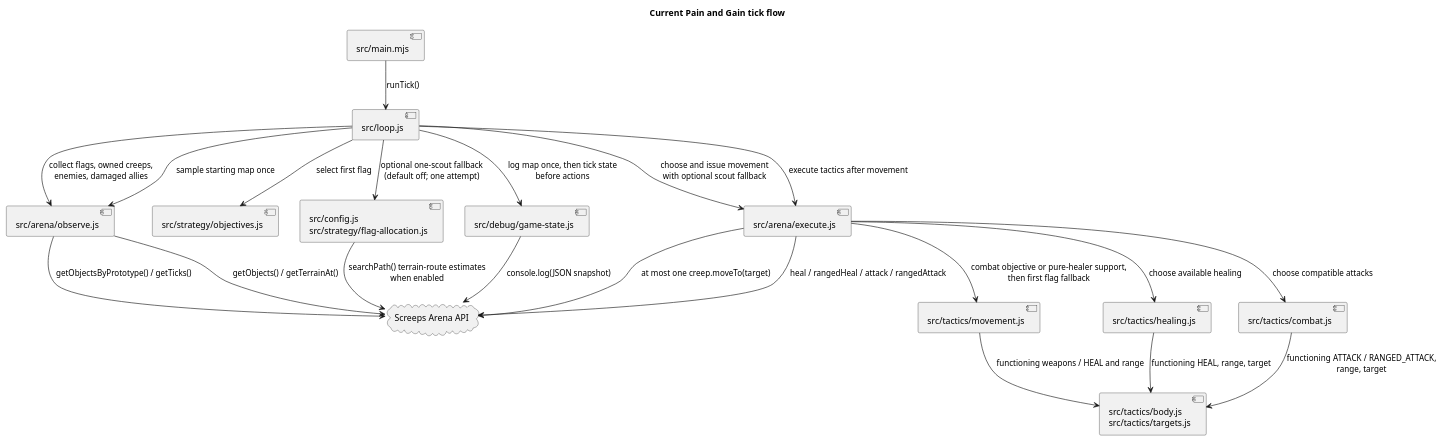
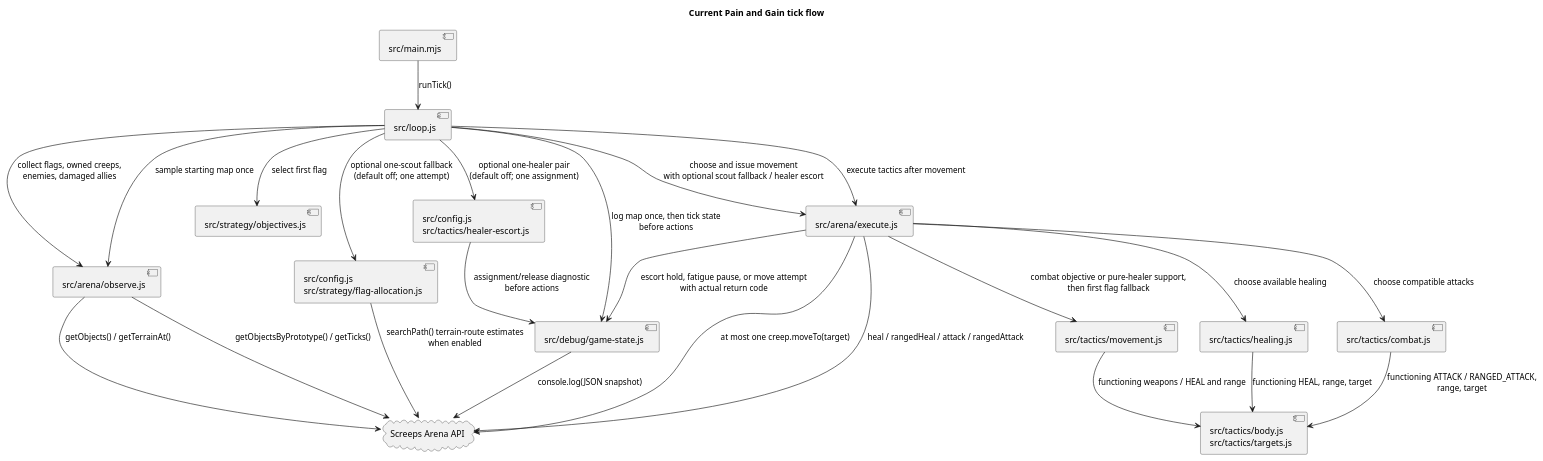
The diagram in docs/diagrams/tick-flow.puml (zolcsika71/pain_and_gain), drawn with PlantUML before and after one commit. The commit also changed 16 other files, not shown here.

Commit message:
Add disabled healer escort experiment and diagnostics

```diff
--- a/docs/diagrams/tick-flow.puml
+++ b/docs/diagrams/tick-flow.puml
@@ -1,38 +1,42 @@
 @startuml
 title Current Pain and Gain tick flow
 
 component "src/main.mjs" as Main
 component "src/loop.js" as Loop
 component "src/arena/observe.js" as Observe
 component "src/strategy/objectives.js" as Objectives
 component "src/config.js\nsrc/strategy/flag-allocation.js" as Allocation
+component "src/config.js\nsrc/tactics/healer-escort.js" as Escort
 component "src/debug/game-state.js" as Debug
 component "src/arena/execute.js" as Execute
 component "src/tactics/movement.js" as Movement
 component "src/tactics/healing.js" as Healing
 component "src/tactics/combat.js" as Combat
 component "src/tactics/body.js\nsrc/tactics/targets.js" as Eligibility
 cloud "Screeps Arena API" as API
 
 Main --> Loop : runTick()
 Loop --> Observe : collect flags, owned creeps,\nenemies, damaged allies
 Observe --> API : getObjectsByPrototype() / getTicks()
 Loop --> Objectives : select first flag
 Loop --> Allocation : optional one-scout fallback\n(default off; one attempt)
 Allocation --> API : searchPath() terrain-route estimates\nwhen enabled
+Loop --> Escort : optional one-healer pair\n(default off; one assignment)
 Loop --> Observe : sample starting map once
 Observe --> API : getObjects() / getTerrainAt()
 Loop --> Debug : log map once, then tick state\nbefore actions
+Escort --> Debug : assignment/release diagnostic\nbefore actions
 Debug --> API : console.log(JSON snapshot)
-Loop --> Execute : choose and issue movement\nwith optional scout fallback
+Loop --> Execute : choose and issue movement\nwith optional scout fallback / healer escort
 Execute --> Movement : combat objective or pure-healer support,\nthen first flag fallback
 Movement --> Eligibility : functioning weapons / HEAL and range
 Execute --> API : at most one creep.moveTo(target)
+Execute --> Debug : escort hold, fatigue pause, or move attempt\nwith actual return code
 Loop --> Execute : execute tactics after movement
 Execute --> Healing : choose available healing
 Execute --> Combat : choose compatible attacks
 Healing --> Eligibility : functioning HEAL, range, target
 Combat --> Eligibility : functioning ATTACK / RANGED_ATTACK,\nrange, target
 Execute --> API : heal / rangedHeal / attack / rangedAttack
 
 @enduml
```
